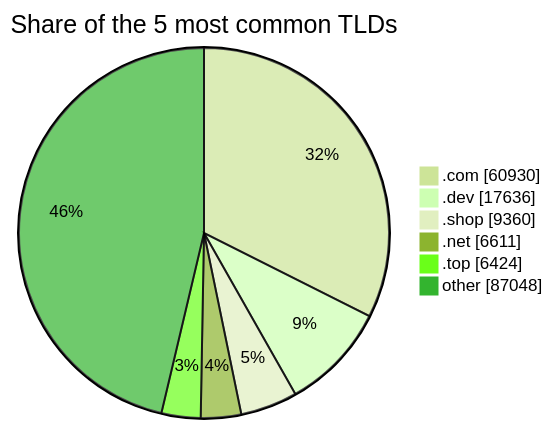
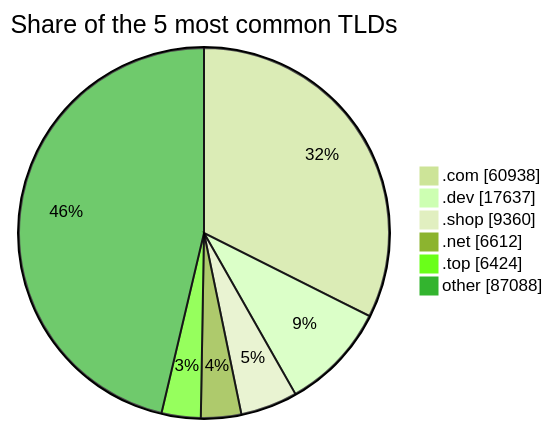
The third of 3 diagrams in README.md (DNSBunker/CTI), drawn with Mermaid (forest theme) before and after one commit. The commit also changed other lines of this file and 3 other files, not shown here.

````diff
--- a/README.md
+++ b/README.md
@@ -81,9 +81,9 @@
 ```mermaid
 pie showData title Share of the 5 most common TLDs
-    ".com" : 60930
-    ".dev" : 17636
+    ".com" : 60938
+    ".dev" : 17637
     ".shop" : 9360
-    ".net" : 6611
+    ".net" : 6612
     ".top" : 6424
-    "other" : 87048
+    "other" : 87088
 ```
````
